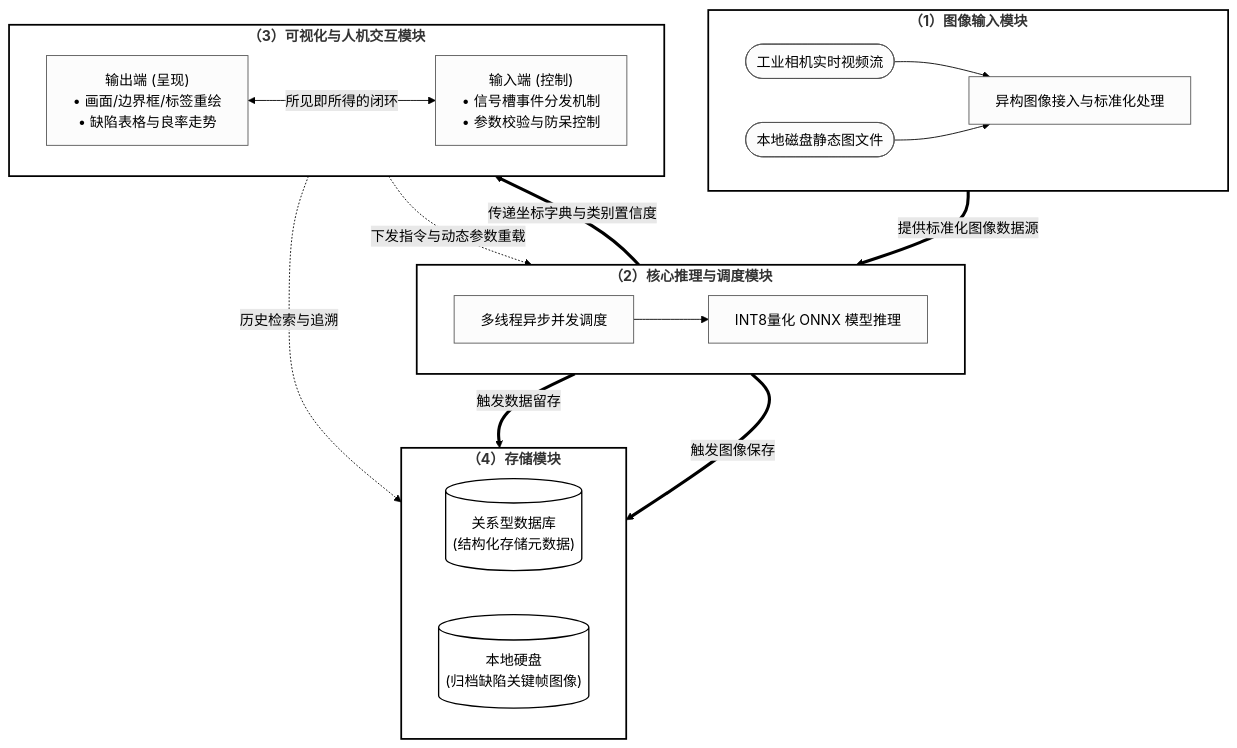
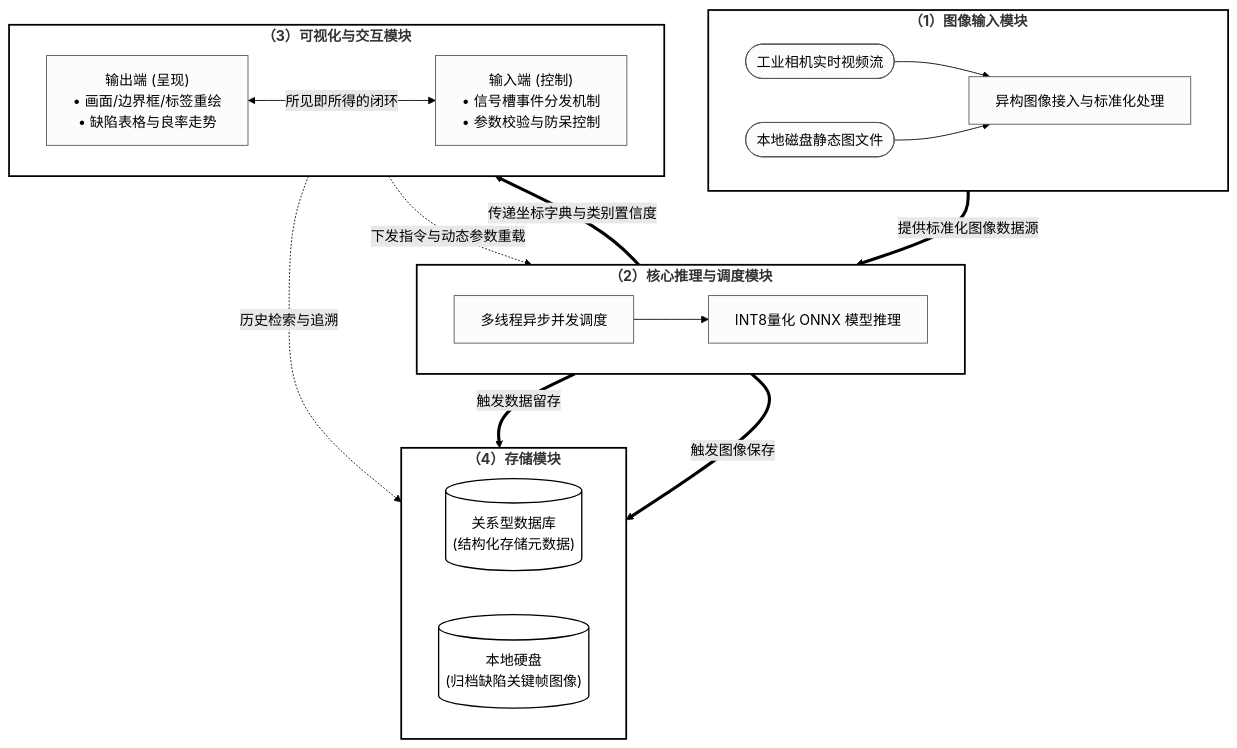
One commit to MAOSHENGsong/iodraw-files changed the diagram in all/未命名.md. Above: the diagram before and after it, drawn with Mermaid (forest theme).

Commit message:
2026-03-12 14:54:08 update

````diff
--- a/all/未命名.md
+++ b/all/未命名.md
@@ -1,52 +1,52 @@
 ```mermaid
 %%{init: {'flowchart': {'nodeSpacing': 50, 'rankSpacing': 60, 'curve': 'basis'}}}%%
 flowchart TD
     %% 定义整体样式：纯白背景，黑色边框，适合学术论文打印
     classDef moduleNode fill:#ffffff,stroke:#000000,stroke-width:2px,font-weight:bold;
     classDef subNode fill:#fcfcfc,stroke:#555555,stroke-width:1px;
     classDef dbNode fill:#ffffff,stroke:#000000,stroke-width:1.5px;
 
     %% --- 1. 图像输入模块 ---
     subgraph M1 ["（1）图像输入模块"]
         direction LR
         A1([工业相机实时视频流]) --> A3[异构图像接入与标准化处理]
         A2([本地磁盘静态图文件]) --> A3
     end
 
     %% --- 2. 推理模块 ---
     subgraph M2 ["（2）核心推理与调度模块"]
         direction LR
         B1[多线程异步并发调度] --> B2[INT8量化 ONNX 模型推理]
     end
 
     %% --- 3. 可视化与人机交互模块 ---
-    subgraph M3 ["（3）可视化与人机交互模块"]
+    subgraph M3 ["（3）可视化与交互模块"]
         direction LR
         C1["输出端 (呈现)<br/>• 画面/边界框/标签重绘<br/>• 缺陷表格与良率走势"]
         C2["输入端 (控制)<br/>• 信号槽事件分发机制<br/>• 参数校验与防呆控制"]
         C1 <-->|所见即所得的闭环| C2
     end
 
     %% --- 4. 数据存储模块 ---
     subgraph M4 ["（4）存储模块"]
         direction LR
         D1[("关系型数据库<br/>(结构化存储元数据)")]
         D2[("本地硬盘<br/>(归档缺陷关键帧图像)")]
     end
 
     %% --- 模块间的数据流向连线 (自上而下瀑布流) ---
     A3 ==>|提供标准化图像数据源| B1
     
     B2 ==>|传递坐标字典与类别置信度| C1
     C2 -.->|下发指令与动态参数重载| B1
     
     B2 ==>|触发数据留存| D1
     B2 ==>|触发图像保存| D2
     
     C1 -.->|历史检索与追溯| D1
 
     %% --- 应用样式 ---
     class M1,M2,M3,M4 moduleNode;
     class A1,A2,A3,B1,B2,C1,C2 subNode;
     class D1,D2 dbNode;
 ```
````
